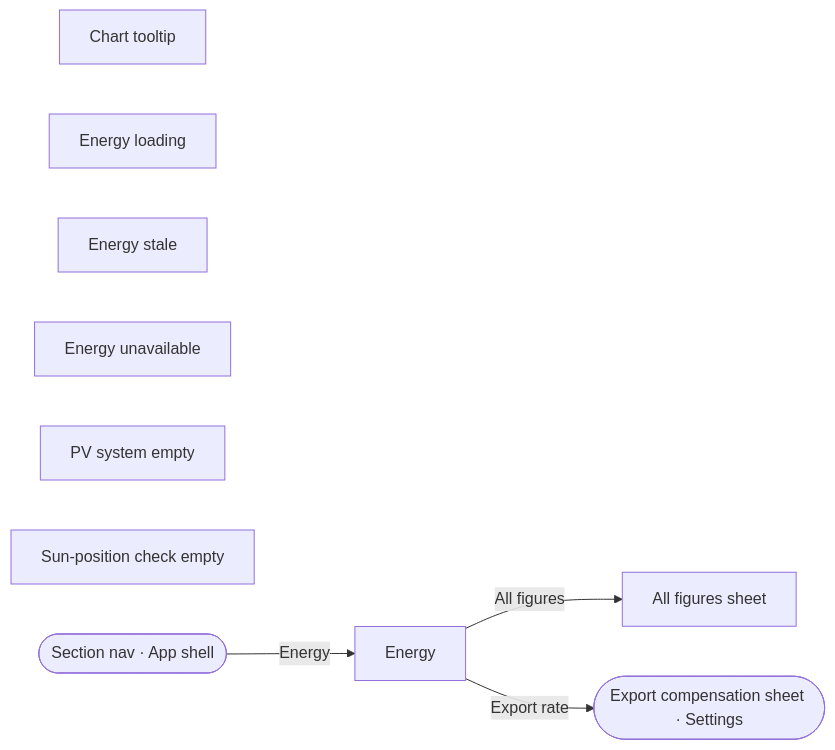
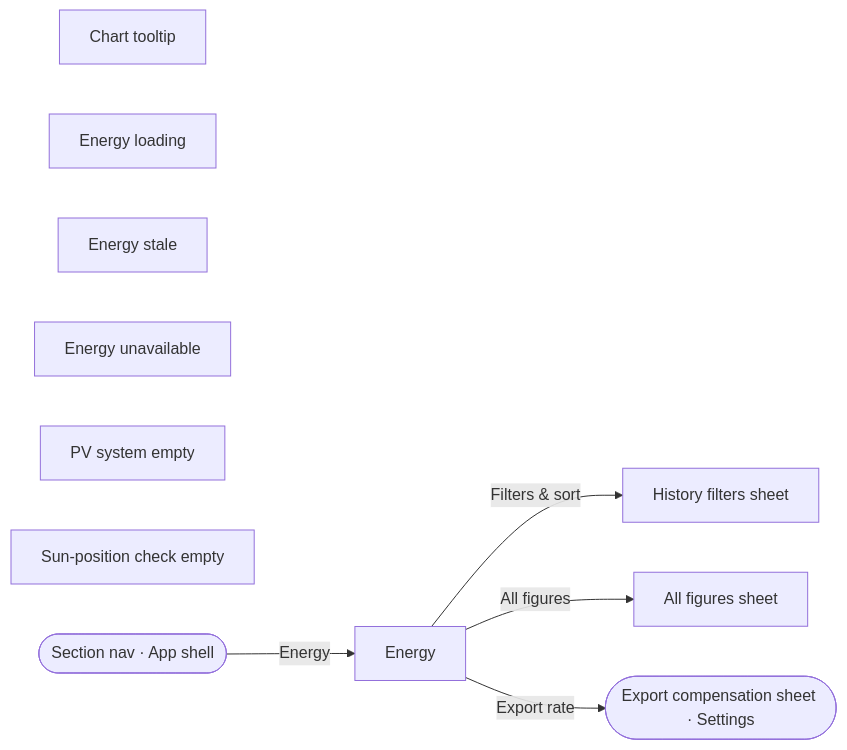
Before and after one commit to ferraroroberto/home-automation: the fourth of 10 diagrams in docs/ux-surface-map.md, drawn with Mermaid. The commit also changed other lines of this file and 22 other files, not shown here.

First line of the commit message:
feat: one Filters & sort sheet each for Energy History and Security Detectors (#1225)

````diff
--- a/docs/ux-surface-map.md
+++ b/docs/ux-surface-map.md
@@ -494,16 +494,18 @@
 ```mermaid
 flowchart LR
   s22["Energy"]
   s23["Chart tooltip"]
-  s24["All figures sheet"]
-  s84["Energy loading"]
-  s85["Energy stale"]
-  s86["Energy unavailable"]
-  s87["PV system empty"]
-  s88["Sun-position check empty"]
+  s24["History filters sheet"]
+  s25["All figures sheet"]
+  s86["Energy loading"]
+  s87["Energy stale"]
+  s88["Energy unavailable"]
+  s89["PV system empty"]
+  s90["Sun-position check empty"]
   s0(["Section nav · App shell"])
-  s72(["Export compensation sheet · Settings"])
+  s74(["Export compensation sheet · Settings"])
   s0 -->|"Energy"| s22
-  s22 -->|"All figures"| s24
-  s22 -->|"Export rate"| s72
+  s22 -->|"Filters & sort"| s24
+  s22 -->|"All figures"| s25
+  s22 -->|"Export rate"| s74
 ```
````
